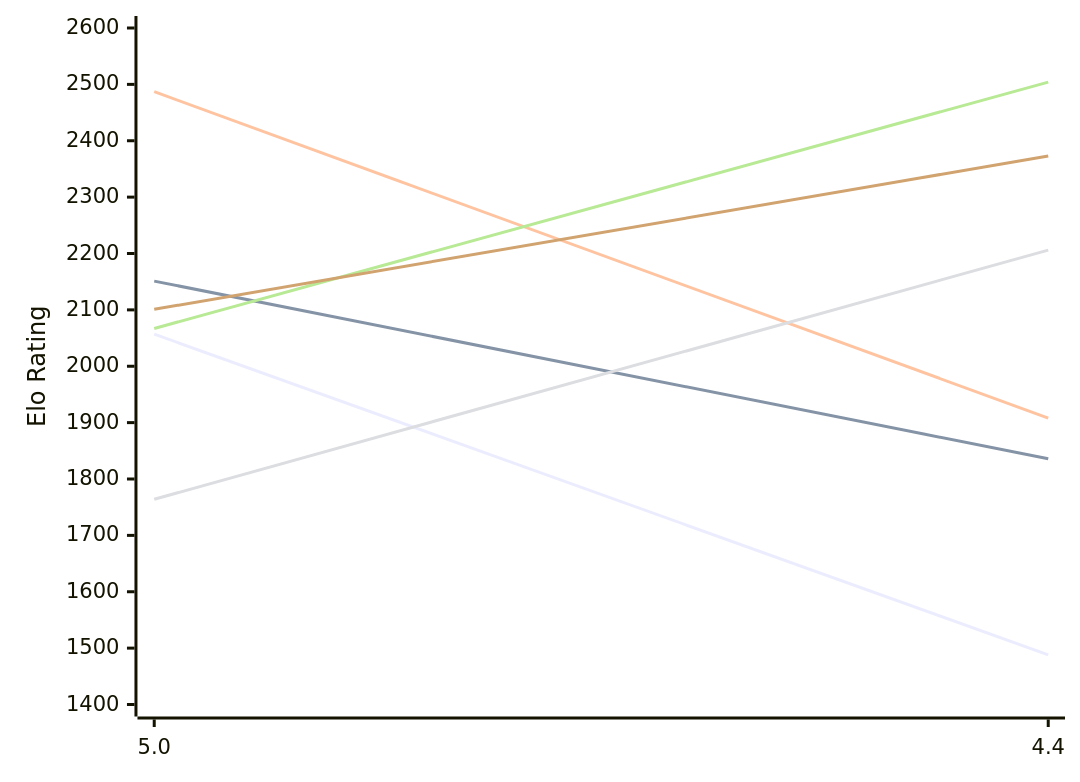
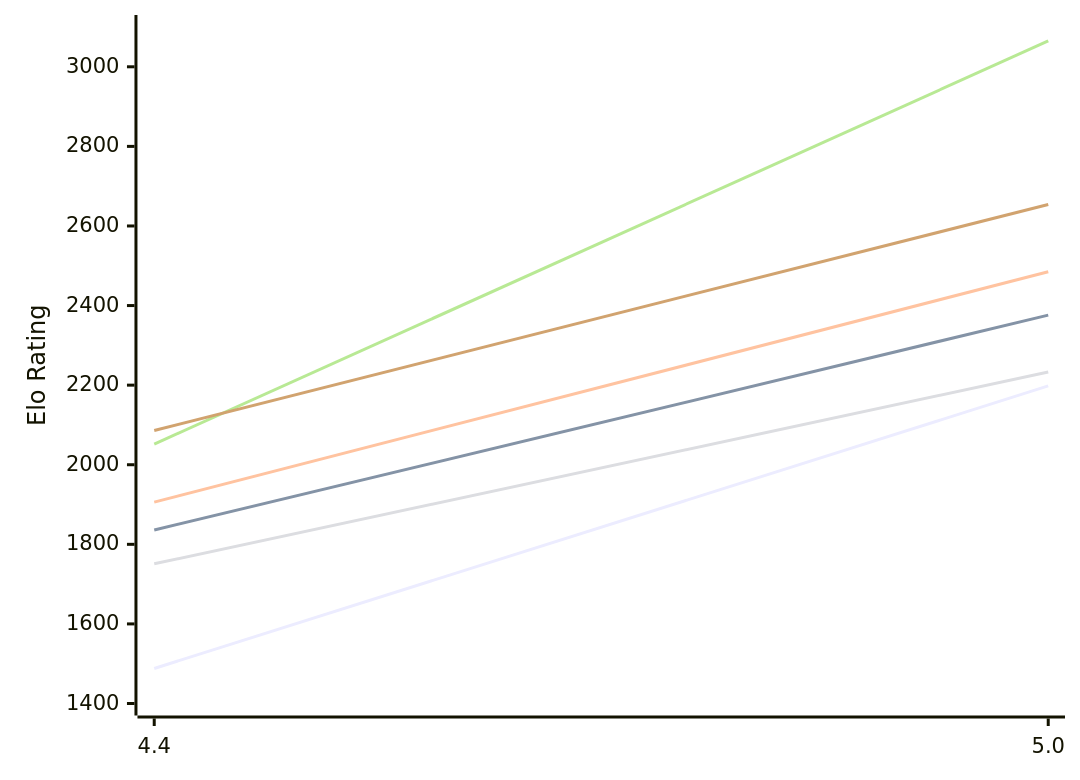
One commit to computer-chess-index/cci changed the first of 2 diagrams in engines/Radiance.md. Above: the diagram before and after it, drawn with Mermaid. The commit also changed other lines of this file, not shown here.

Commit message:
Update CCI Ratings (ELO VLTC) - 2026-10-11

````diff
--- a/engines/Radiance.md
+++ b/engines/Radiance.md
@@ -51,12 +51,12 @@
 ```mermaid
 %%{init: {"theme":"base","themeVariables":{"seriesColors:['#a3a3a3','#222221','#faa371']}}}%%
 xychart-beta
-  x-axis ["5.0", "4.4"]
-  y-axis "Elo Rating" 1400 --> 2600
-  line "E1: STC (8.0+0.08s)" [2057, 1488]
-  line "E1: LTC (60.0+0.60s)" [2151, 1836]
-  line "E1: VLTC (2m24s+1.12s)" [2487, 1908]
-  line "P1: STC (8.0+0.08s)" [1764, 2206]
-  line "P1: LTC (60.0+0.60s)" [2067, 2504]
-  line "P1: VLTC (2m24s+1.12s)" [2101, 2373]
+  x-axis ["4.4", "5.0"]
+  y-axis "Elo Rating" 1400 --> 3100
+  line "E1: STC (8.0+0.08s)" [1488, 2198]
+  line "E1: LTC (60.0+0.60s)" [1836, 2376]
+  line "E1: VLTC (2m24s+1.12s)" [1906, 2485]
+  line "P1: STC (8.0+0.08s)" [1751, 2233]
+  line "P1: LTC (60.0+0.60s)" [2052, 3065]
+  line "P1: VLTC (2m24s+1.12s)" [2086, 2654]
 ```
````
